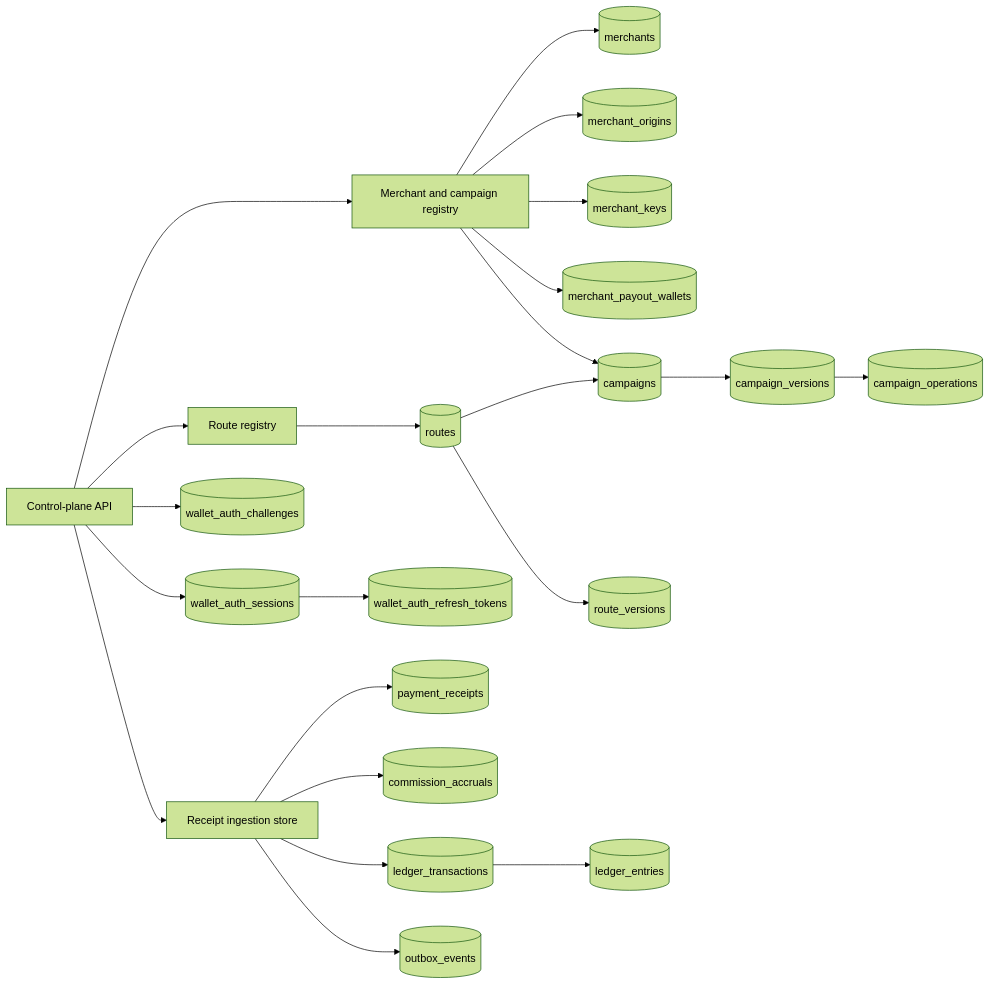
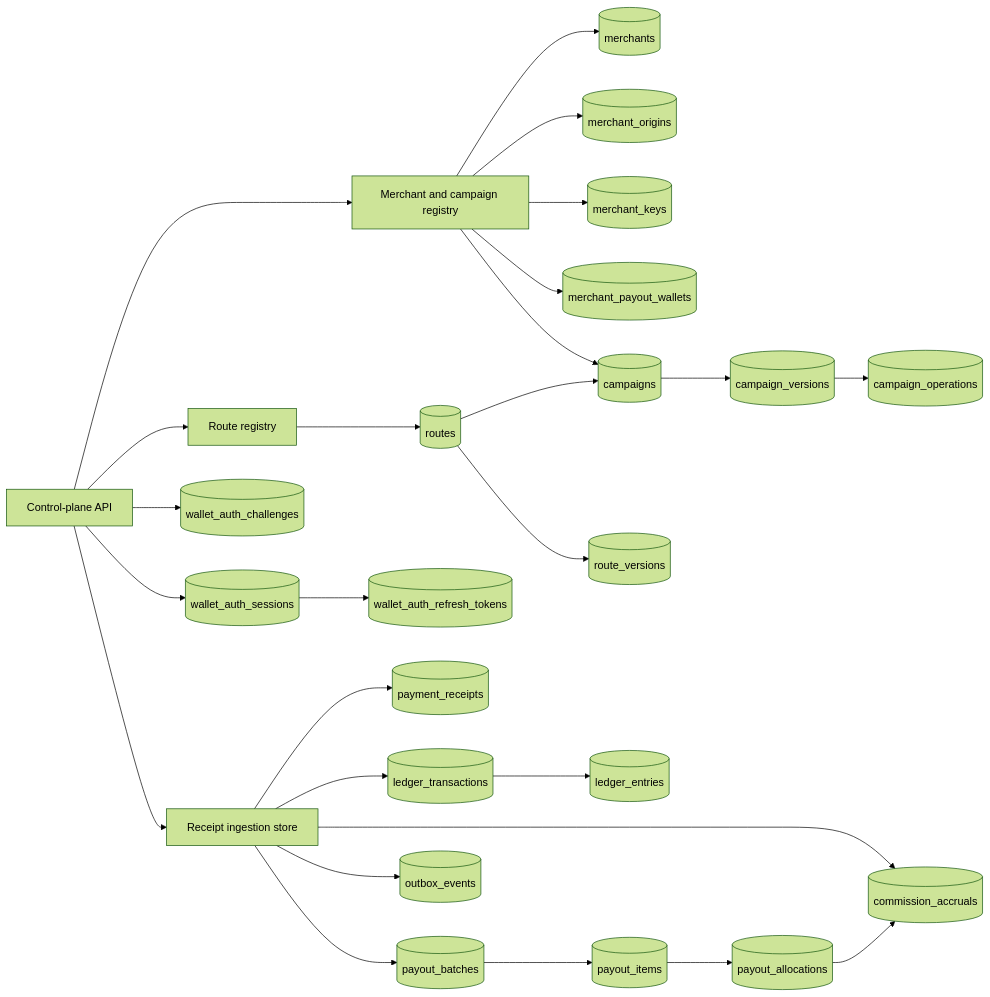
The eighth of 8 diagrams in README.md (split402protocol/splitx402), drawn with Mermaid (forest theme) before and after one commit. The commit also changed other lines of this file and 12 other files, not shown here.

````diff
--- a/README.md
+++ b/README.md
@@ -291,46 +292,53 @@
 ```mermaid
 flowchart LR
   API["Control-plane API"]
   Registry["Merchant and campaign registry"]
   RouteRegistry["Route registry"]
   Ingestion["Receipt ingestion store"]
   Merchants[("merchants")]
   Origins[("merchant_origins")]
   Keys[("merchant_keys")]
   PayoutWallets[("merchant_payout_wallets")]
   CampaignRows[("campaigns")]
   CampaignVersions[("campaign_versions")]
   CampaignOps[("campaign_operations")]
   Routes[("routes")]
   RouteVersions[("route_versions")]
   Challenges[("wallet_auth_challenges")]
   Sessions[("wallet_auth_sessions")]
   RefreshTokens[("wallet_auth_refresh_tokens")]
   Receipts[("payment_receipts")]
   Accruals[("commission_accruals")]
   LedgerTx[("ledger_transactions")]
   LedgerEntries[("ledger_entries")]
+  PayoutBatches[("payout_batches")]
+  PayoutItems[("payout_items")]
+  PayoutAllocations[("payout_allocations")]
   Outbox[("outbox_events")]
 
   API --> Registry
   API --> RouteRegistry
   API --> Ingestion
   Registry --> Merchants
   Registry --> Origins
   Registry --> Keys
   Registry --> PayoutWallets
   Registry --> CampaignRows
   CampaignRows --> CampaignVersions
   CampaignVersions --> CampaignOps
   RouteRegistry --> Routes
   Routes --> RouteVersions
   Routes --> CampaignRows
   API --> Challenges
   API --> Sessions
   Sessions --> RefreshTokens
   Ingestion --> Receipts
   Ingestion --> Accruals
   Ingestion --> LedgerTx
   LedgerTx --> LedgerEntries
+  Ingestion --> PayoutBatches
+  PayoutBatches --> PayoutItems
+  PayoutItems --> PayoutAllocations
+  PayoutAllocations --> Accruals
   Ingestion --> Outbox
 ```
````
